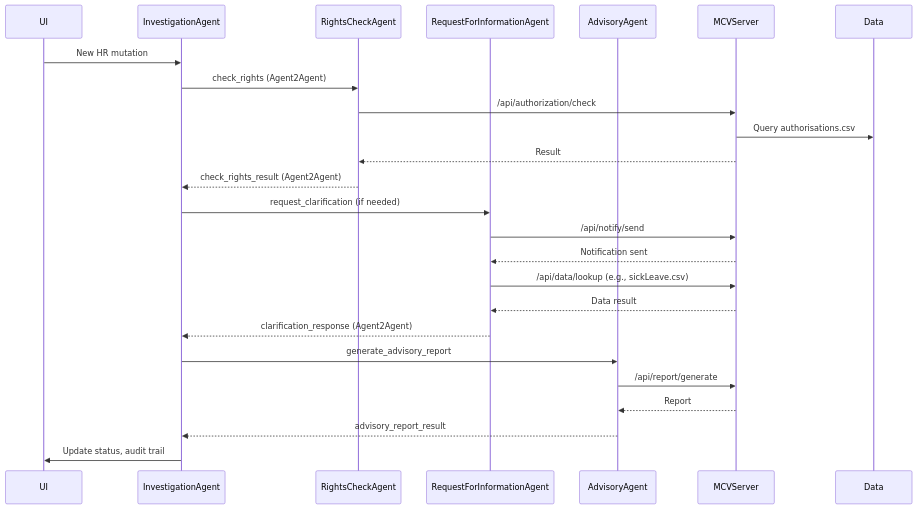
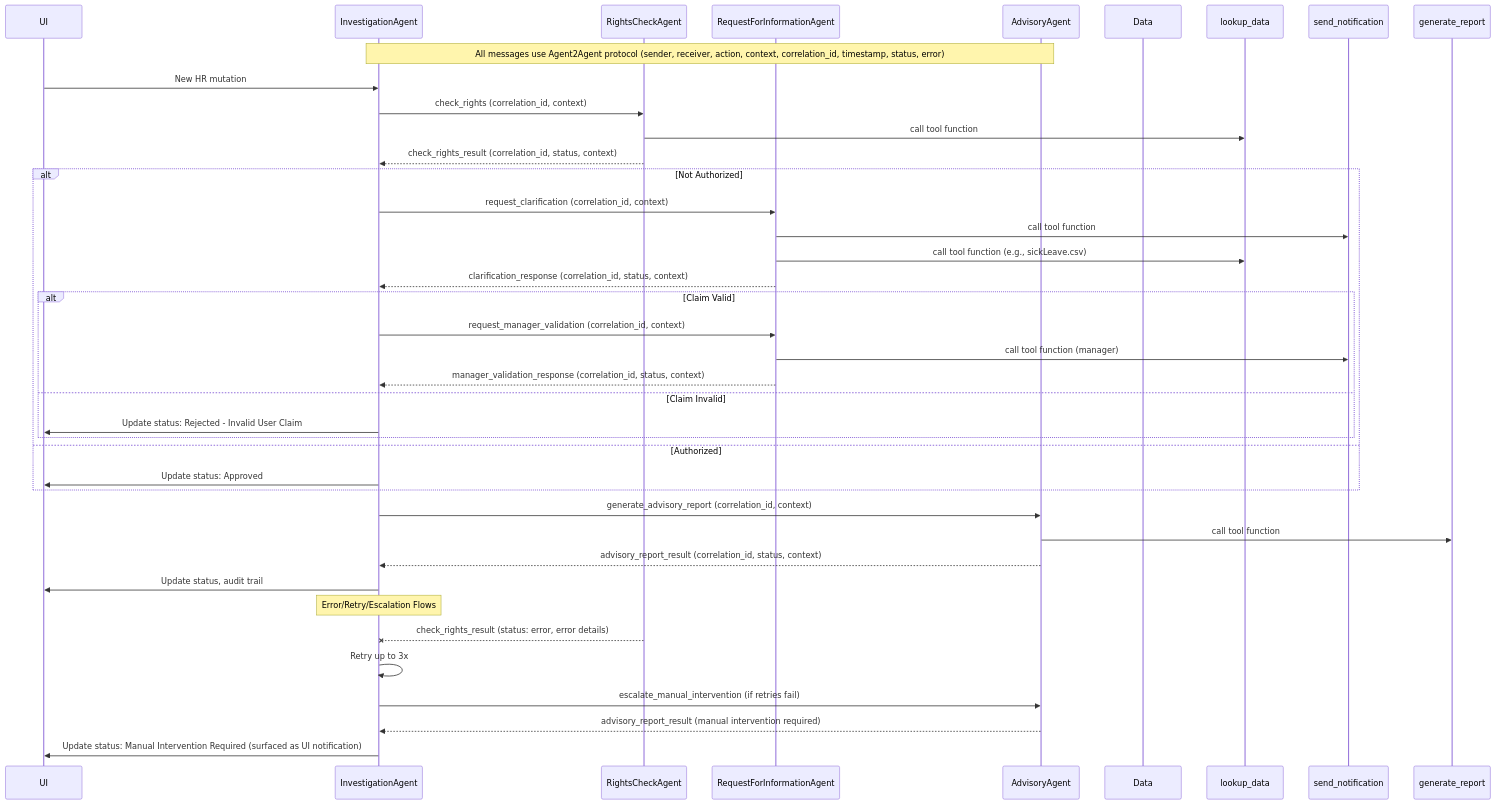
The first of 3 diagrams in docs/architecture.md (simonkrooder/KotP_Team12), drawn with Mermaid before and after one commit. The commit also changed other lines of this file and 21 other files, not shown here.

````diff
--- a/docs/architecture.md
+++ b/docs/architecture.md
@@ -7,27 +106,41 @@
 ```mermaid
 sequenceDiagram
     participant UI
     participant InvestigationAgent
     participant RightsCheckAgent
     participant RequestForInformationAgent
     participant AdvisoryAgent
-    participant MCVServer
     participant Data
+    Note over InvestigationAgent,AdvisoryAgent: All messages use Agent2Agent protocol (sender, receiver, action, context, correlation_id, timestamp, status, error)
+
     UI->>InvestigationAgent: New HR mutation
-    InvestigationAgent->>RightsCheckAgent: check_rights (Agent2Agent)
-    RightsCheckAgent->>MCVServer: /api/authorization/check
-    MCVServer->>Data: Query authorisations.csv
-    MCVServer-->>RightsCheckAgent: Result
-    RightsCheckAgent-->>InvestigationAgent: check_rights_result (Agent2Agent)
-    InvestigationAgent->>RequestForInformationAgent: request_clarification (if needed)
-    RequestForInformationAgent->>MCVServer: /api/notify/send
-    MCVServer-->>RequestForInformationAgent: Notification sent
-    RequestForInformationAgent->>MCVServer: /api/data/lookup (e.g., sickLeave.csv)
-    MCVServer-->>RequestForInformationAgent: Data result
-    RequestForInformationAgent-->>InvestigationAgent: clarification_response (Agent2Agent)
-    InvestigationAgent->>AdvisoryAgent: generate_advisory_report
-    AdvisoryAgent->>MCVServer: /api/report/generate
-    MCVServer-->>AdvisoryAgent: Report
-    AdvisoryAgent-->>InvestigationAgent: advisory_report_result
+    InvestigationAgent->>RightsCheckAgent: check_rights (correlation_id, context)
+    RightsCheckAgent->>lookup_data: call tool function
+    RightsCheckAgent-->>InvestigationAgent: check_rights_result (correlation_id, status, context)
+    alt Not Authorized
+        InvestigationAgent->>RequestForInformationAgent: request_clarification (correlation_id, context)
+        RequestForInformationAgent->>send_notification: call tool function
+        RequestForInformationAgent->>lookup_data: call tool function (e.g., sickLeave.csv)
+        RequestForInformationAgent-->>InvestigationAgent: clarification_response (correlation_id, status, context)
+        alt Claim Valid
+            InvestigationAgent->>RequestForInformationAgent: request_manager_validation (correlation_id, context)
+            RequestForInformationAgent->>send_notification: call tool function (manager)
+            RequestForInformationAgent-->>InvestigationAgent: manager_validation_response (correlation_id, status, context)
+        else Claim Invalid
+            InvestigationAgent->>UI: Update status: Rejected - Invalid User Claim
+        end
+    else Authorized
+        InvestigationAgent->>UI: Update status: Approved
+    end
+    InvestigationAgent->>AdvisoryAgent: generate_advisory_report (correlation_id, context)
+    AdvisoryAgent->>generate_report: call tool function
+    AdvisoryAgent-->>InvestigationAgent: advisory_report_result (correlation_id, status, context)
     InvestigationAgent->>UI: Update status, audit trail
+
+    Note over InvestigationAgent: Error/Retry/Escalation Flows
+    RightsCheckAgent--xInvestigationAgent: check_rights_result (status: error, error details)
+    InvestigationAgent->>InvestigationAgent: Retry up to 3x
+    InvestigationAgent->>AdvisoryAgent: escalate_manual_intervention (if retries fail)
+    AdvisoryAgent-->>InvestigationAgent: advisory_report_result (manual intervention required)
+    InvestigationAgent->>UI: Update status: Manual Intervention Required (surfaced as UI notification)
 ```
````
